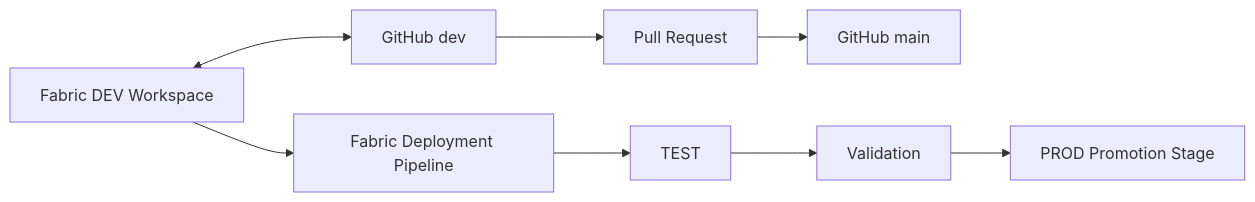
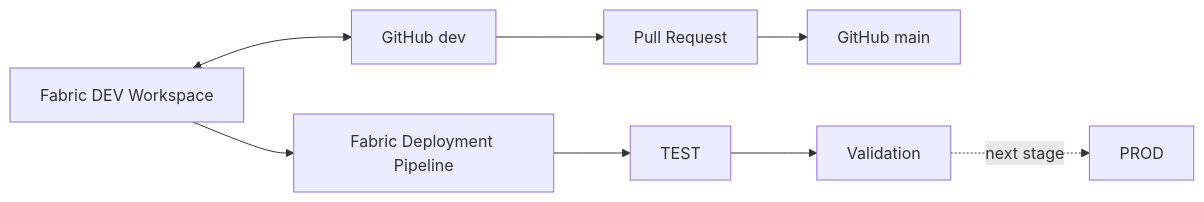
Before and after one commit to RyanPadma/procurement-intelligence-platform: the second of 2 diagrams in README.md, drawn with Mermaid. The commit also changed other lines of this file, not shown here.

````diff
--- a/README.md
+++ b/README.md
@@ -249,11 +246,11 @@
 ```mermaid
 flowchart LR
     A[Fabric DEV Workspace] <--> B[GitHub dev]
     B --> C[Pull Request]
     C --> D[GitHub main]
 
     A --> E[Fabric Deployment Pipeline]
     E --> F[TEST]
     F --> G[Validation]
-    G --> H[PROD Promotion Stage]
+    G -. next stage .-> H[PROD]
 ```
````
